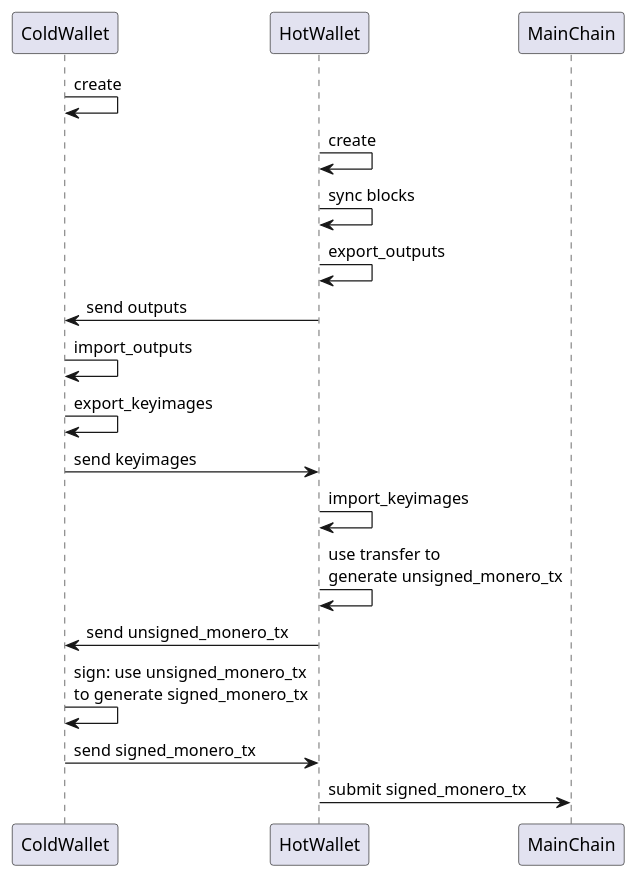
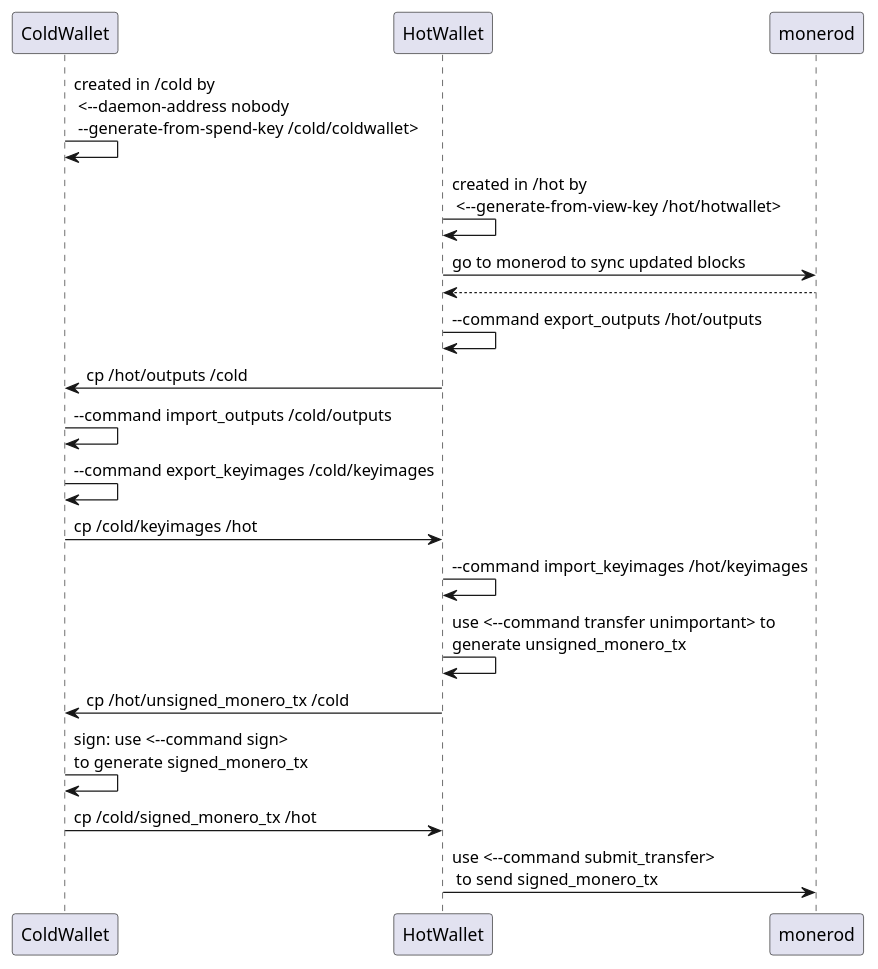
One commit to zhongqiuwood/javawallet changed the diagram in src/main/java/com/okcoin/vault/jni/xmr/cold.sign.puml. Above: the diagram before and after it, drawn with PlantUML.

```diff
--- a/src/main/java/com/okcoin/vault/jni/xmr/cold.sign.puml
+++ b/src/main/java/com/okcoin/vault/jni/xmr/cold.sign.puml
@@ -1,28 +1,30 @@
 @startuml
 
-ColdWallet -> ColdWallet: create
-HotWallet -> HotWallet: create
+ColdWallet -> ColdWallet: created in /cold by \n <--daemon-address nobody\n --generate-from-spend-key /cold/coldwallet>
+HotWallet -> HotWallet: created in /hot by \n <--generate-from-view-key /hot/hotwallet>
 
 
-HotWallet -> HotWallet: sync blocks
-HotWallet -> HotWallet: export_outputs
-HotWallet -> ColdWallet: send outputs
+HotWallet -> monerod: go to monerod to sync updated blocks
+monerod --> HotWallet:
+
+HotWallet -> HotWallet: --command export_outputs /hot/outputs
+HotWallet -> ColdWallet: cp /hot/outputs /cold
 
 
-ColdWallet -> ColdWallet: import_outputs
-ColdWallet -> ColdWallet: export_keyimages
+ColdWallet -> ColdWallet: --command import_outputs /cold/outputs
+ColdWallet -> ColdWallet: --command export_keyimages /cold/keyimages
 
-ColdWallet -> HotWallet: send keyimages
+ColdWallet -> HotWallet: cp /cold/keyimages /hot
 
-HotWallet -> HotWallet: import_keyimages
+HotWallet -> HotWallet: --command import_keyimages /hot/keyimages
 
-HotWallet -> HotWallet: use transfer to \ngenerate unsigned_monero_tx
-HotWallet -> ColdWallet: send unsigned_monero_tx
+HotWallet -> HotWallet: use <--command transfer unimportant> to \ngenerate unsigned_monero_tx
+HotWallet -> ColdWallet: cp /hot/unsigned_monero_tx /cold
 
-ColdWallet -> ColdWallet: sign: use unsigned_monero_tx \nto generate signed_monero_tx
-ColdWallet -> HotWallet: send signed_monero_tx
+ColdWallet -> ColdWallet: sign: use <--command sign> \nto generate signed_monero_tx
+ColdWallet -> HotWallet: cp /cold/signed_monero_tx /hot
 
-HotWallet -> MainChain: submit signed_monero_tx
+HotWallet -> monerod: use <--command submit_transfer> \n to send signed_monero_tx
 
 
 @enduml
```
